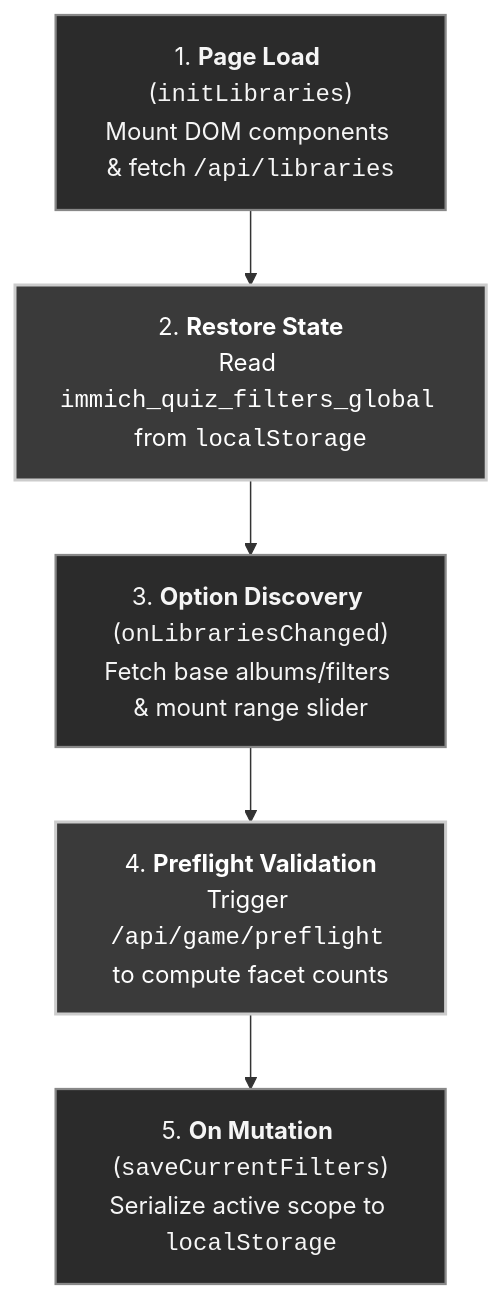
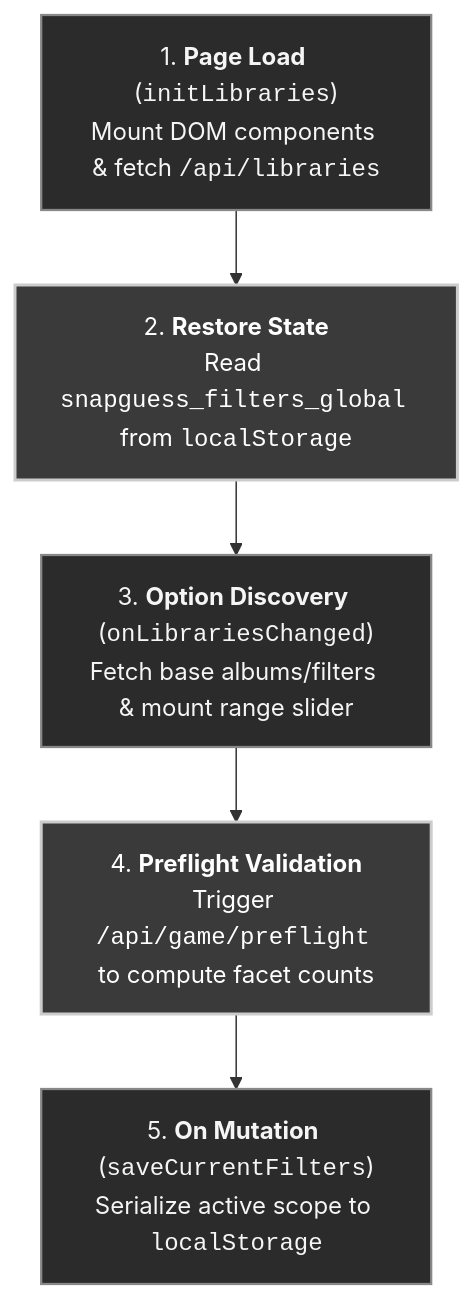
Before and after one commit to rafaelsavi/snapguess: the fourth of 4 diagrams in docs/FILTERS.md, drawn with Mermaid. The commit also changed 94 other files, not shown here.

````diff
--- a/docs/FILTERS.md
+++ b/docs/FILTERS.md
@@ -190,14 +190,14 @@
 ```mermaid
 flowchart TD
     %% Greyscale Theme
     classDef greyMain fill:#2b2b2b,stroke:#888888,stroke-width:1.5px,color:#f5f5f5;
     classDef greyHighlight fill:#3a3a3a,stroke:#cccccc,stroke-width:2px,color:#ffffff;
 
     Init["1. <b>Page Load</b> (<code>initLibraries</code>)<br/>Mount DOM components & fetch <code>/api/libraries</code>"]:::greyMain
-    Restore["2. <b>Restore State</b><br/>Read <code>immich_quiz_filters_global</code> from <code>localStorage</code>"]:::greyHighlight
+    Restore["2. <b>Restore State</b><br/>Read <code>snapguess_filters_global</code> from <code>localStorage</code>"]:::greyHighlight
     Populate["3. <b>Option Discovery</b> (<code>onLibrariesChanged</code>)<br/>Fetch base albums/filters & mount range slider"]:::greyMain
     Validate["4. <b>Preflight Validation</b><br/>Trigger <code>/api/game/preflight</code> to compute facet counts"]:::greyHighlight
     Persist["5. <b>On Mutation</b> (<code>saveCurrentFilters</code>)<br/>Serialize active scope to <code>localStorage</code>"]:::greyMain
 
     Init --> Restore --> Populate --> Validate --> Persist
 ```
````
